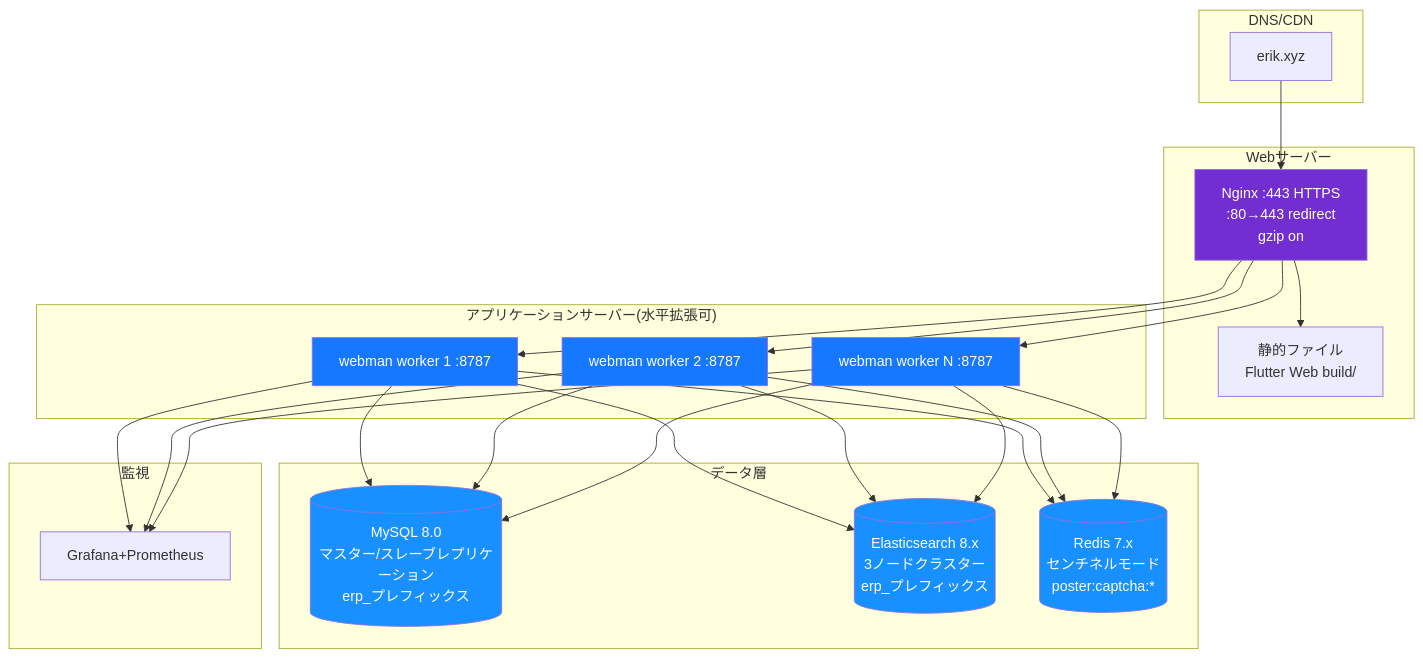
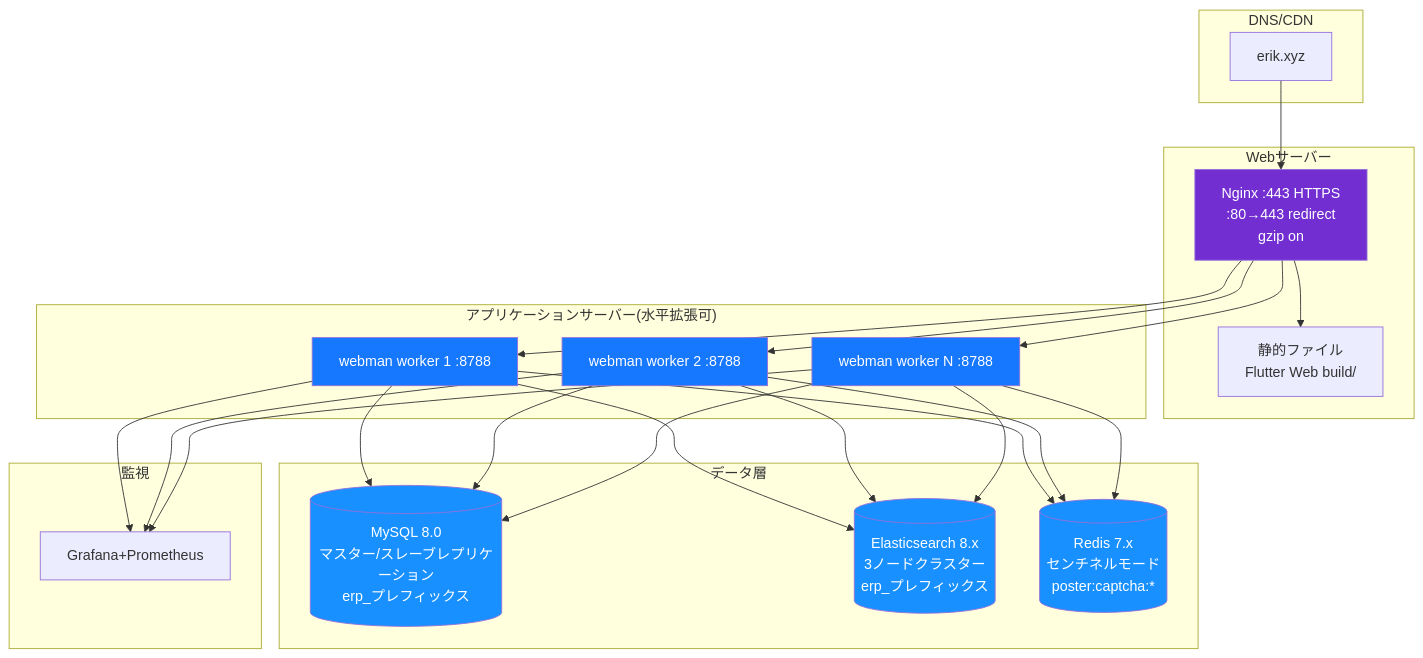
The diagram in docs/i18n/ja/diagrams/12-deployment.md (erikwang2013/erp-php), drawn with Mermaid before and after one commit. The commit also changed 108 other files, not shown here.

````diff
--- a/docs/i18n/ja/diagrams/12-deployment.md
+++ b/docs/i18n/ja/diagrams/12-deployment.md
@@ -3,45 +3,45 @@
 ```mermaid
 flowchart TB
     subgraph dns["DNS/CDN"]
         domain["erik.xyz"]
     end
 
     subgraph web["Webサーバー"]
         nginx["Nginx :443 HTTPS<br/>:80→443 redirect<br/>gzip on"]
         static["静的ファイル<br/>Flutter Web build/"]
     end
 
     subgraph app["アプリケーションサーバー(水平拡張可)"]
-        wm1["webman worker 1 :8787"]
-        wm2["webman worker 2 :8787"]
-        wm3["webman worker N :8787"]
+        wm1["webman worker 1 :8788"]
+        wm2["webman worker 2 :8788"]
+        wm3["webman worker N :8788"]
     end
 
     subgraph data["データ層"]
         mysql[("MySQL 8.0<br/>マスター/スレーブレプリケーション<br/>erp_プレフィックス")]
         es[("Elasticsearch 8.x<br/>3ノードクラスター<br/>erp_プレフィックス")]
         redis[("Redis 7.x<br/>センチネルモード<br/>poster:captcha:*")]
     end
 
     subgraph monitor["監視"]
         grafana["Grafana+Prometheus"]
     end
 
     domain --> nginx
     nginx --> static
     nginx --> wm1
     nginx --> wm2
     nginx --> wm3
     wm1 & wm2 & wm3 --> mysql
     wm1 & wm2 & wm3 --> es
     wm1 & wm2 & wm3 --> redis
     wm1 & wm2 & wm3 --> grafana
 
     style nginx fill:#722ED1,color:#fff
     style wm1 fill:#1677FF,color:#fff
     style wm2 fill:#1677FF,color:#fff
     style wm3 fill:#1677FF,color:#fff
     style mysql fill:#1890FF,color:#fff
     style es fill:#1890FF,color:#fff
     style redis fill:#1890FF,color:#fff
 ```
````
